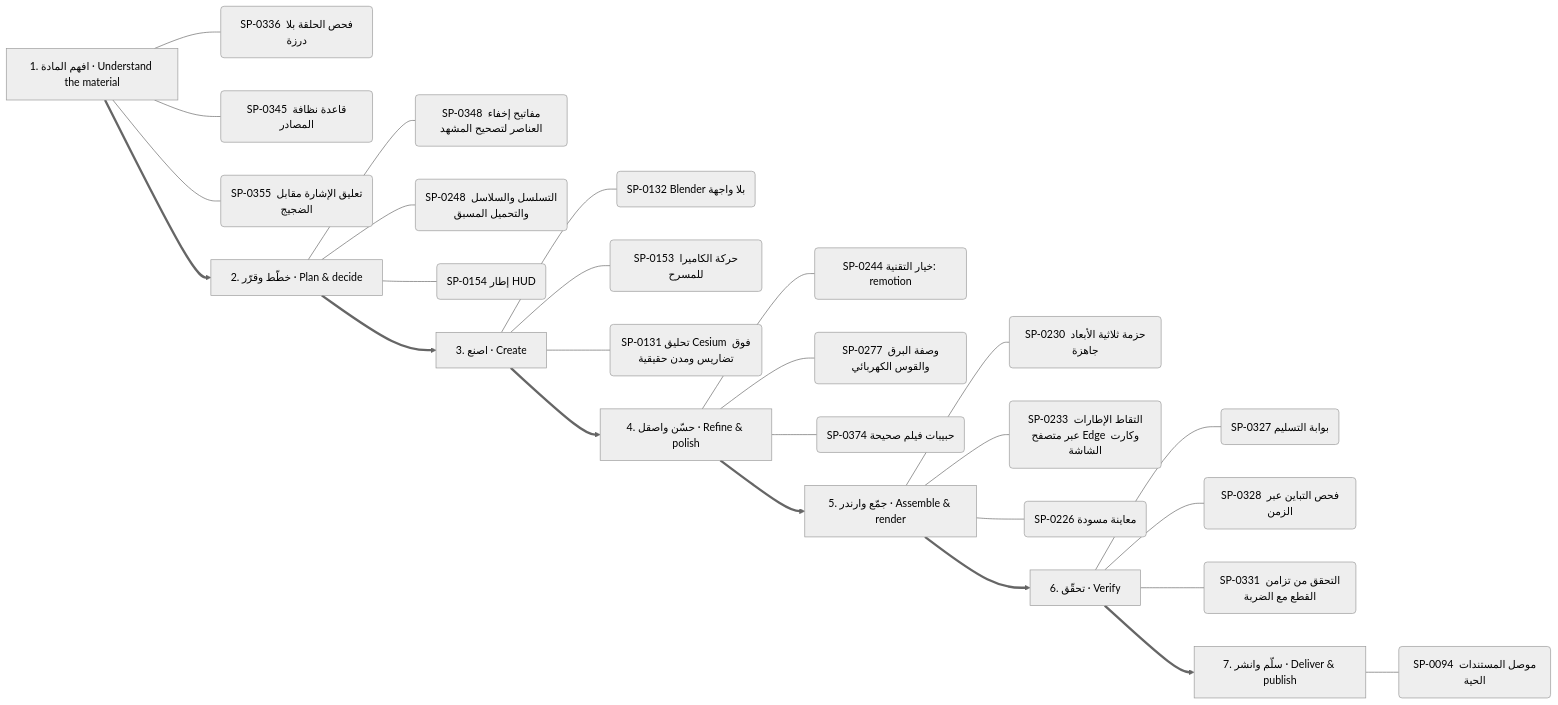
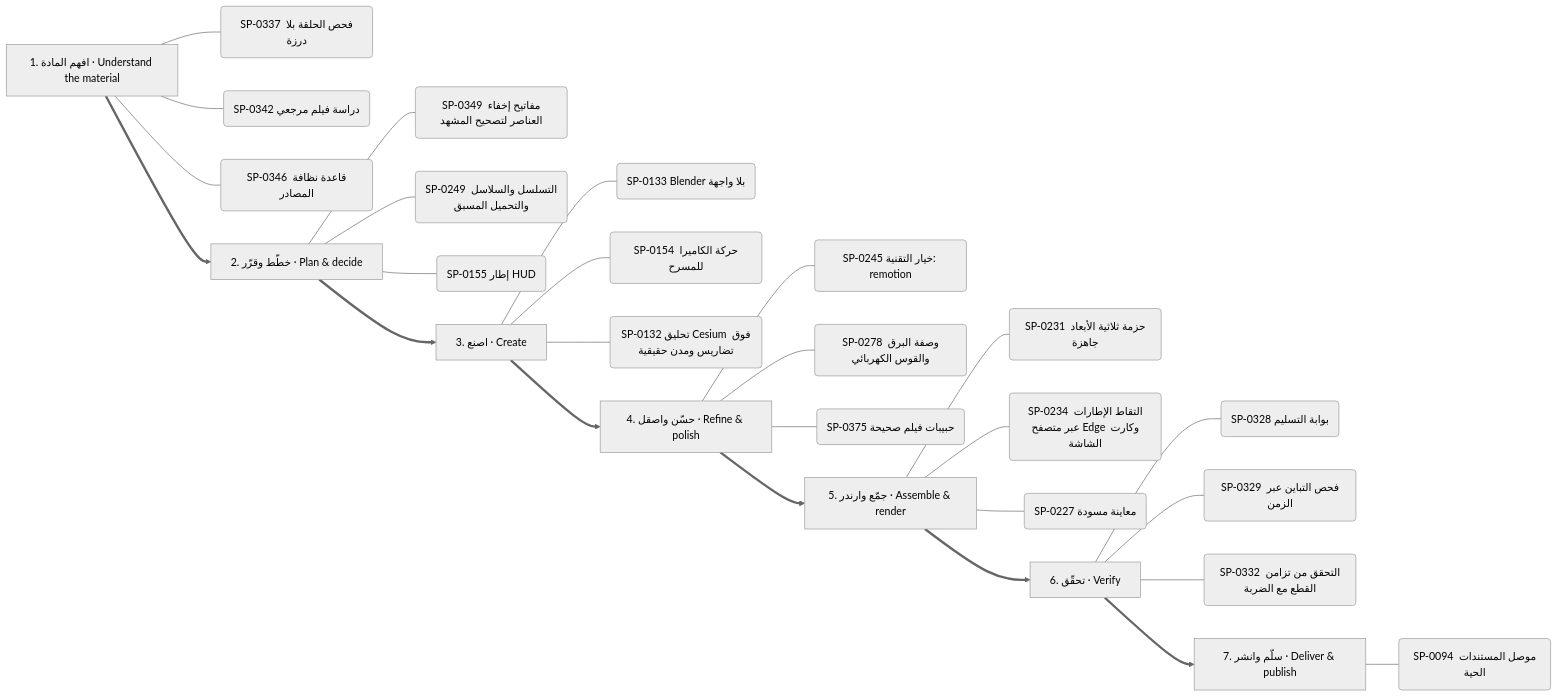
Before and after one commit to kosif199022-jpg/kosif-tool: the eighth of 13 diagrams in .claude/skills/kosif-superpowers/references/capability-mindmap.md, drawn with Mermaid (neutral theme). The commit also changed other lines of this file and 36 other files, not shown here.

````diff
--- a/.claude/skills/kosif-superpowers/references/capability-mindmap.md
+++ b/.claude/skills/kosif-superpowers/references/capability-mindmap.md
@@ -403,35 +405,35 @@
 ```mermaid
 flowchart LR
   S0["1. افهم المادة · Understand the material"]
-  S0 --- S0_0("SP-0336 فحص الحلقة بلا درزة")
-  S0 --- S0_1("SP-0345 قاعدة نظافة المصادر")
-  S0 --- S0_2("SP-0355 تعليق الإشارة مقابل الضجيج")
+  S0 --- S0_0("SP-0337 فحص الحلقة بلا درزة")
+  S0 --- S0_1("SP-0342 دراسة فيلم مرجعي")
+  S0 --- S0_2("SP-0346 قاعدة نظافة المصادر")
   S1["2. خطّط وقرّر · Plan & decide"]
-  S1 --- S1_0("SP-0348 مفاتيح إخفاء العناصر لتصحيح المشهد")
-  S1 --- S1_1("SP-0248 التسلسل والسلاسل والتحميل المسبق")
-  S1 --- S1_2("SP-0154 إطار HUD")
+  S1 --- S1_0("SP-0349 مفاتيح إخفاء العناصر لتصحيح المشهد")
+  S1 --- S1_1("SP-0249 التسلسل والسلاسل والتحميل المسبق")
+  S1 --- S1_2("SP-0155 إطار HUD")
   S0 ==> S1
   S2["3. اصنع · Create"]
-  S2 --- S2_0("SP-0132 Blender بلا واجهة")
-  S2 --- S2_1("SP-0153 حركة الكاميرا للمسرح")
-  S2 --- S2_2("SP-0131 تحليق Cesium فوق تضاريس ومدن حقيقية")
+  S2 --- S2_0("SP-0133 Blender بلا واجهة")
+  S2 --- S2_1("SP-0154 حركة الكاميرا للمسرح")
+  S2 --- S2_2("SP-0132 تحليق Cesium فوق تضاريس ومدن حقيقية")
   S1 ==> S2
   S3["4. حسّن واصقل · Refine & polish"]
-  S3 --- S3_0("SP-0244 خيار التقنية: remotion")
-  S3 --- S3_1("SP-0277 وصفة البرق والقوس الكهربائي")
-  S3 --- S3_2("SP-0374 حبيبات فيلم صحيحة")
+  S3 --- S3_0("SP-0245 خيار التقنية: remotion")
+  S3 --- S3_1("SP-0278 وصفة البرق والقوس الكهربائي")
+  S3 --- S3_2("SP-0375 حبيبات فيلم صحيحة")
   S2 ==> S3
   S4["5. جمّع وارندر · Assemble & render"]
-  S4 --- S4_0("SP-0230 حزمة ثلاثية الأبعاد جاهزة")
-  S4 --- S4_1("SP-0233 التقاط الإطارات عبر متصفح Edge وكارت الشاشة")
-  S4 --- S4_2("SP-0226 معاينة مسودة")
+  S4 --- S4_0("SP-0231 حزمة ثلاثية الأبعاد جاهزة")
+  S4 --- S4_1("SP-0234 التقاط الإطارات عبر متصفح Edge وكارت الشاشة")
+  S4 --- S4_2("SP-0227 معاينة مسودة")
   S3 ==> S4
   S5["6. تحقّق · Verify"]
-  S5 --- S5_0("SP-0327 بوابة التسليم")
-  S5 --- S5_1("SP-0328 فحص التباين عبر الزمن")
-  S5 --- S5_2("SP-0331 التحقق من تزامن القطع مع الضربة")
+  S5 --- S5_0("SP-0328 بوابة التسليم")
+  S5 --- S5_1("SP-0329 فحص التباين عبر الزمن")
+  S5 --- S5_2("SP-0332 التحقق من تزامن القطع مع الضربة")
   S4 ==> S5
   S6["7. سلّم وانشر · Deliver & publish"]
   S6 --- S6_0("SP-0094 موصل المستندات الحية")
   S5 ==> S6
 ```
````
